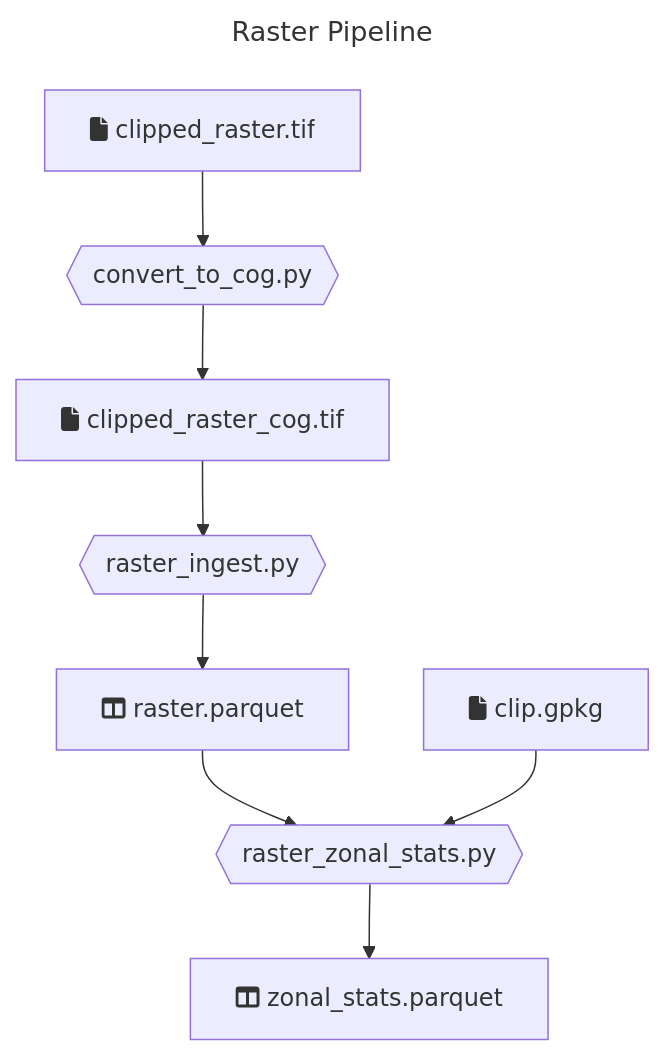
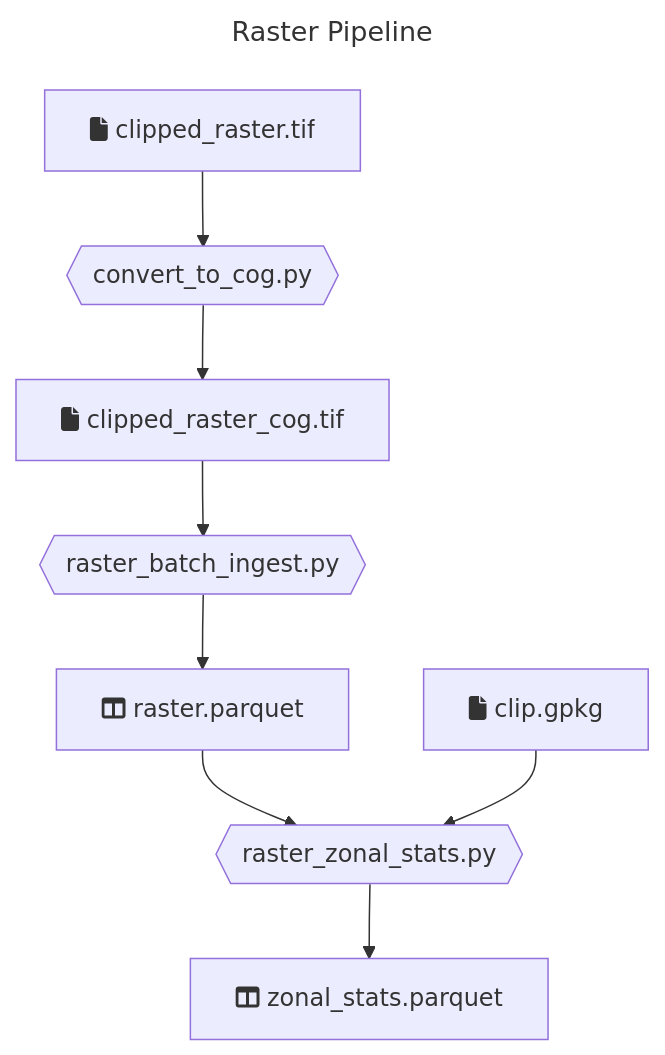
Before and after one commit to corinat/spark_dataengineering: the second of 2 diagrams in README.md, drawn with Mermaid. The commit also changed other lines of this file and 1 other file, not shown here.

````diff
--- a/README.md
+++ b/README.md
@@ -176,10 +186,10 @@
 ```mermaid
 ---
 title: Raster Pipeline
 ---
 flowchart TD
   Tif["fa:fa-file clipped_raster.tif"] --> COG{{convert_to_cog.py}} --> CogTif["fa:fa-file clipped_raster_cog.tif"]
-  CogTif --> J1{{raster_ingest.py}} --> Bronze["fa:fa-table-columns raster.parquet"]
+  CogTif --> J1{{raster_batch_ingest.py}} --> Bronze["fa:fa-table-columns raster.parquet"]
   Bronze --> J2{{raster_zonal_stats.py}} --> Silver["fa:fa-table-columns zonal_stats.parquet"]
   Gpkg["fa:fa-file clip.gpkg"] --> J2
 ```
````
